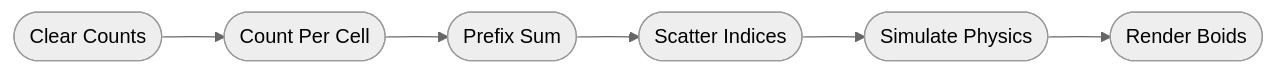
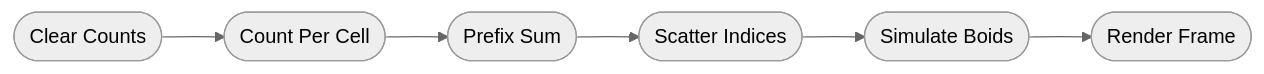
One commit to NeoVand/swarm changed the diagram in README.md. Above: the diagram before and after it, drawn with Mermaid (neutral theme). The commit also changed other lines of this file, not shown here.

````diff
--- a/README.md
+++ b/README.md
@@ -49,8 +40,8 @@
 ```mermaid
 flowchart LR
     A([Clear Counts]) --> B([Count Per Cell])
     B --> C([Prefix Sum])
     C --> D([Scatter Indices])
-    D --> E([Simulate Physics])
-    E --> F([Render Boids])
+    D --> E([Simulate Boids])
+    E --> F([Render Frame])
 ```
````
